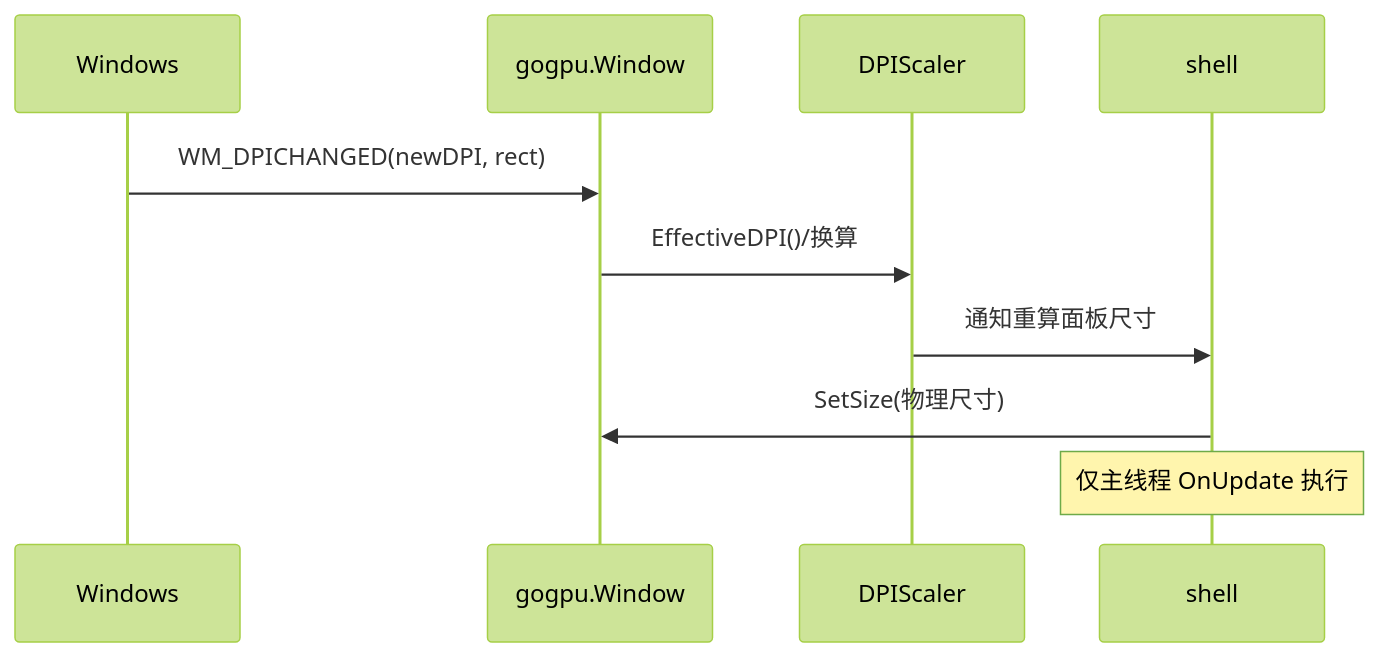
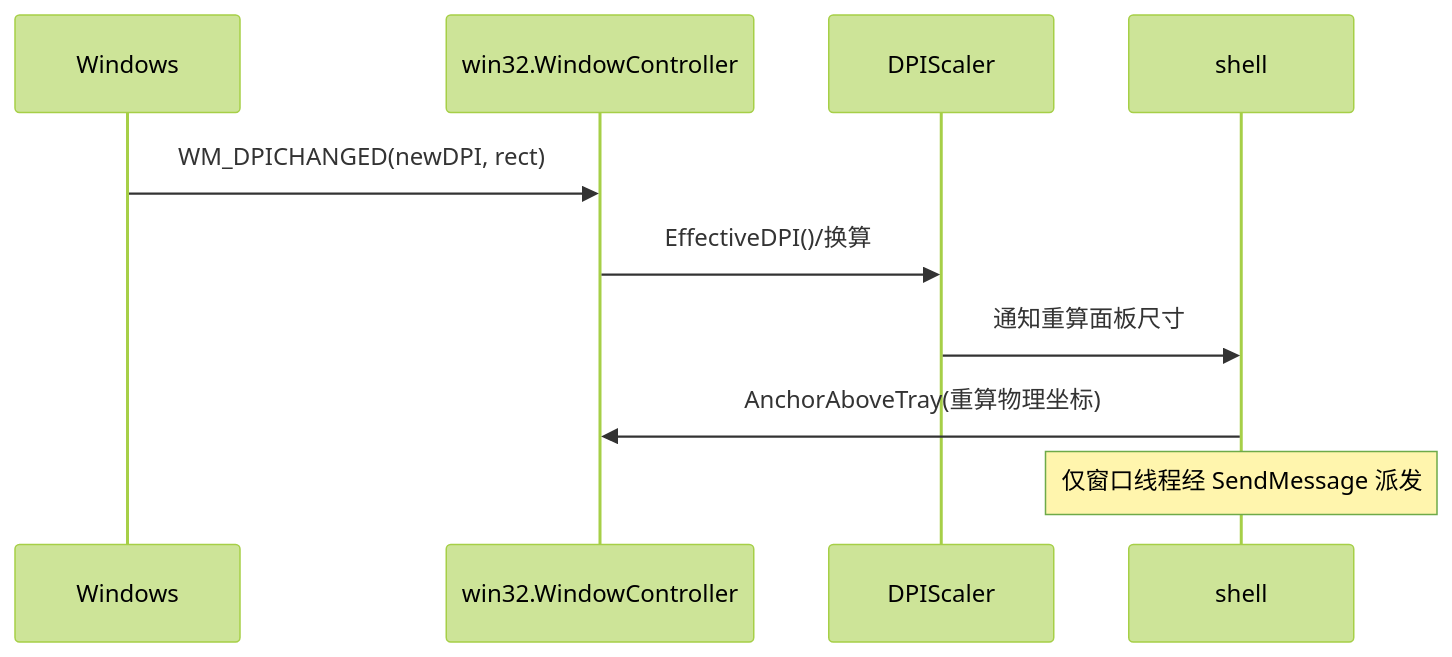
Before and after one commit to shaolei/DeskCalendar: the third of 4 diagrams in docs/20-Platform/DPI.md, drawn with Mermaid (forest theme). The commit also changed other lines of this file and 25 other files, not shown here.

````diff
--- a/docs/20-Platform/DPI.md
+++ b/docs/20-Platform/DPI.md
@@ -71,12 +71,12 @@
 ```mermaid
 sequenceDiagram
     participant OS as Windows
-    participant Win as gogpu.Window
+    participant Win as win32.WindowController
     participant S as DPIScaler
     participant Sh as shell
     OS->>Win: WM_DPICHANGED(newDPI, rect)
     Win->>S: EffectiveDPI()/换算
     S->>Sh: 通知重算面板尺寸
-    Sh->>Win: SetSize(物理尺寸)
-    Note over Sh: 仅主线程 OnUpdate 执行
+    Sh->>Win: AnchorAboveTray(重算物理坐标)
+    Note over Sh: 仅窗口线程经 SendMessage 派发
 ```
````
